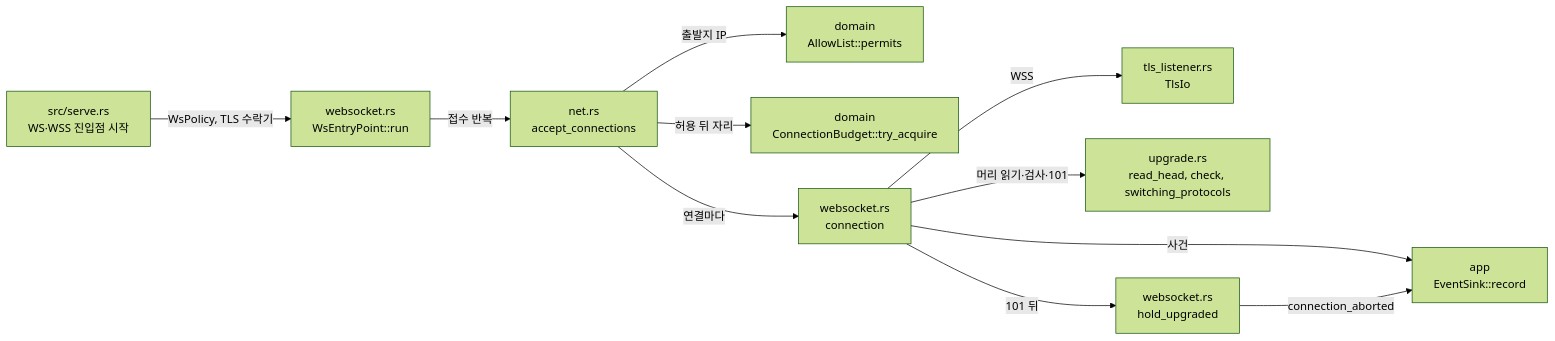
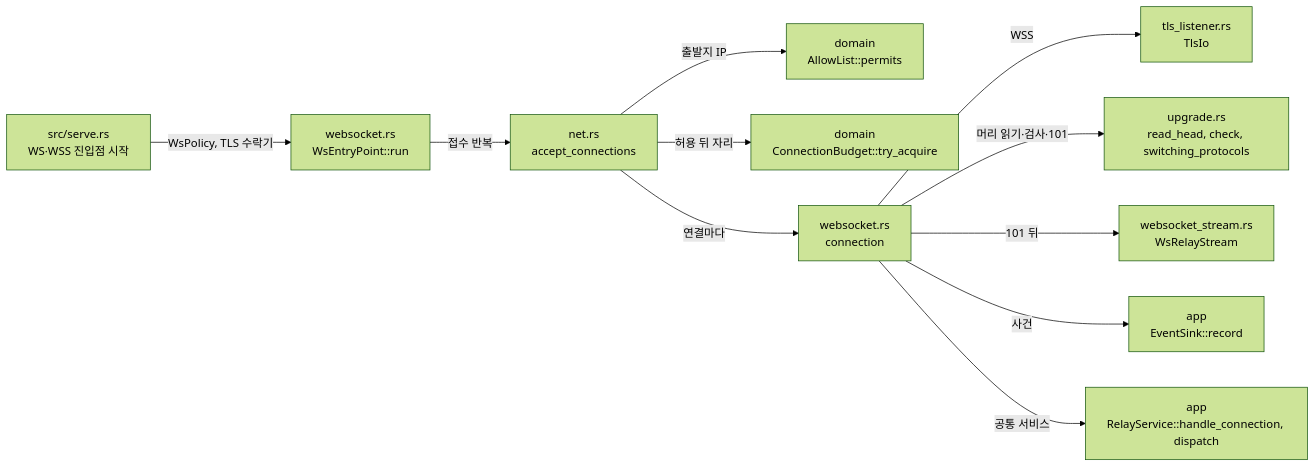
The diagram in docs/architectures/websocket-entry-point.md (kayden-kim/vnc-relay), drawn with Mermaid (forest theme) before and after one commit. The commit also changed other lines of this file and 10 other files, not shown here.

First line of the commit message:
docs(architectures): record WS/WSS relay wiring, review fixes, and TargetConnectionLimit naming

````diff
--- a/docs/architectures/websocket-entry-point.md
+++ b/docs/architectures/websocket-entry-point.md
@@ -39,13 +39,13 @@
 ```mermaid
 flowchart LR
     SERVE["src/serve.rs<br/>WS·WSS 진입점 시작"] -->|"WsPolicy, TLS 수락기"| WSEP["websocket.rs<br/>WsEntryPoint::run"]
     WSEP -->|"접수 반복"| ACC["net.rs<br/>accept_connections"]
     ACC -->|"출발지 IP"| ALLOW["domain<br/>AllowList::permits"]
     ACC -->|"허용 뒤 자리"| BUDGET["domain<br/>ConnectionBudget::try_acquire"]
     ACC -->|"연결마다"| CONN["websocket.rs<br/>connection"]
     CONN -->|"WSS"| TLS["tls_listener.rs<br/>TlsIo"]
     CONN -->|"머리 읽기·검사·101"| UP["upgrade.rs<br/>read_head, check, switching_protocols"]
-    CONN -->|"101 뒤"| HOLD["websocket.rs<br/>hold_upgraded"]
+    CONN -->|"101 뒤"| STREAM["websocket_stream.rs<br/>WsRelayStream"]
     CONN -->|"사건"| SINK["app<br/>EventSink::record"]
-    HOLD -->|"connection_aborted"| SINK
+    CONN -->|"공통 서비스"| SVC["app<br/>RelayService::handle_connection, dispatch"]
 ```
````
